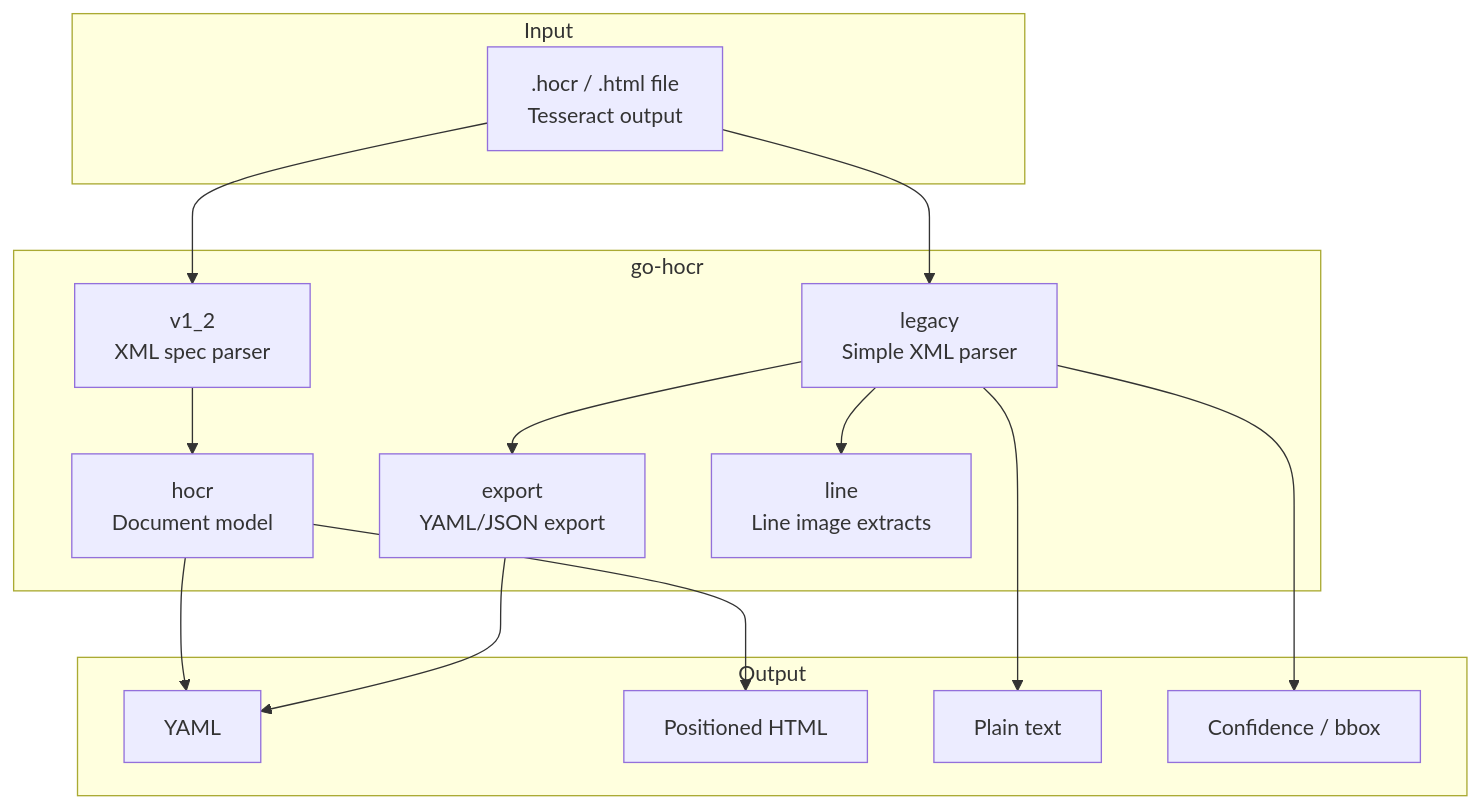
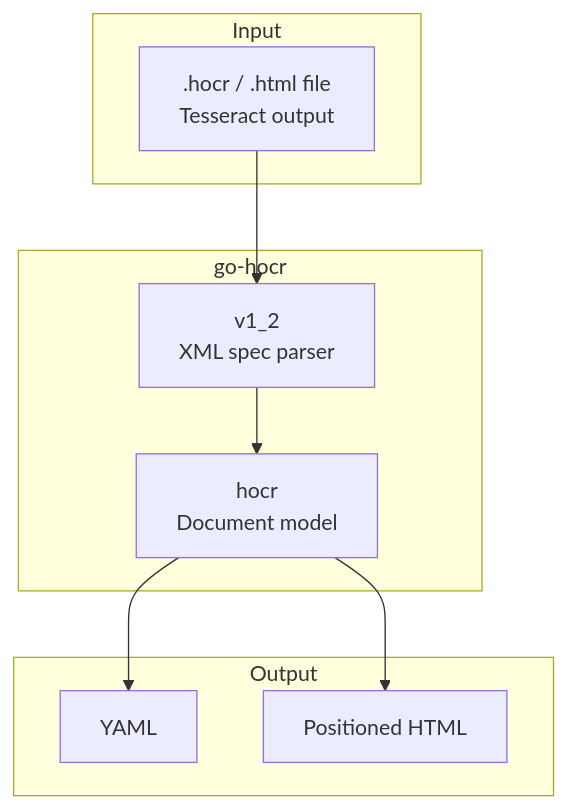
Before and after one commit to eSlider/go-hocr: the diagram in README.md, drawn with Mermaid. The commit also changed other lines of this file and 12 other files, not shown here.

````diff
--- a/README.md
+++ b/README.md
@@ -15,32 +15,21 @@
 ```mermaid
 graph TB
     subgraph "Input"
         HOCR[".hocr / .html file<br/>Tesseract output"]
     end
 
     subgraph "go-hocr"
         V12["v1_2<br/>XML spec parser"]
         DOC["hocr<br/>Document model"]
-        LEG["legacy<br/>Simple XML parser"]
-        EXP["export<br/>YAML/JSON export"]
-        LN["line<br/>Line image extracts"]
     end
 
     subgraph "Output"
         YAML["YAML"]
         HTML["Positioned HTML"]
-        TEXT["Plain text"]
-        META["Confidence / bbox"]
     end
 
     HOCR --> V12
     V12 --> DOC
     DOC --> YAML
     DOC --> HTML
-    HOCR --> LEG
-    LEG --> EXP
-    LEG --> LN
-    LEG --> TEXT
-    LEG --> META
-    EXP --> YAML
 ```
````
